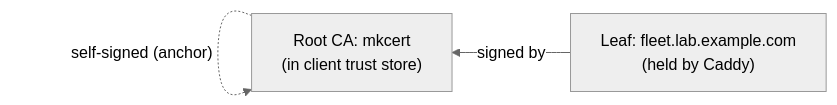
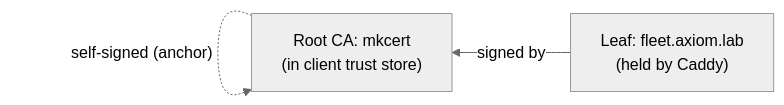
One commit to worthingtontech/axiom-fleet-mdm-lab changed the third of 10 diagrams in docs/encyclopedia/04-tls-and-pki.md. Above: the diagram before and after it, drawn with Mermaid (neutral theme). The commit also changed other lines of this file and 13 other files, not shown here.

````diff
--- a/docs/encyclopedia/04-tls-and-pki.md
+++ b/docs/encyclopedia/04-tls-and-pki.md
@@ -71,5 +71,5 @@
 ```mermaid
 flowchart RL
-    LEAF["Leaf: fleet.lab.example.com<br/>(held by Caddy)"] -->|signed by| ROOT["Root CA: mkcert<br/>(in client trust store)"]
+    LEAF["Leaf: fleet.axiom.lab<br/>(held by Caddy)"] -->|signed by| ROOT["Root CA: mkcert<br/>(in client trust store)"]
     ROOT -.->|"self-signed (anchor)"| ROOT
 ```
````
